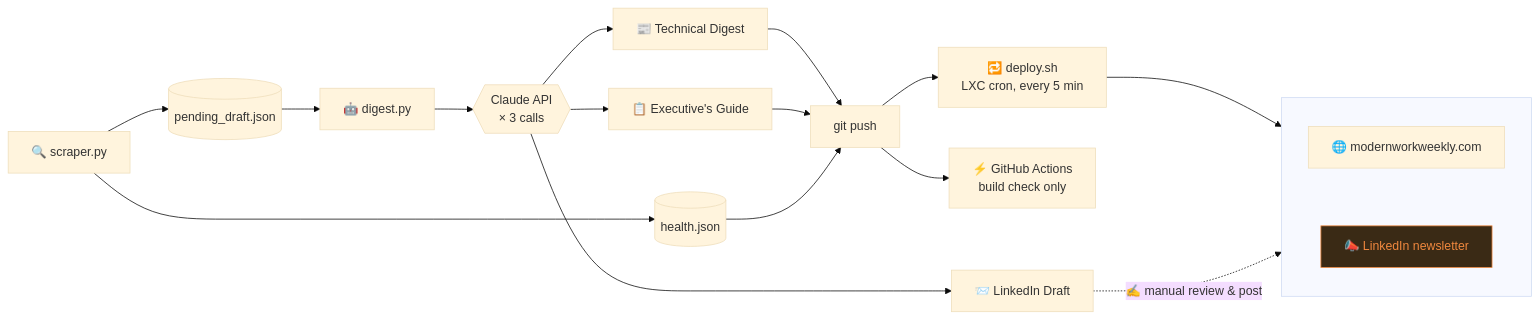
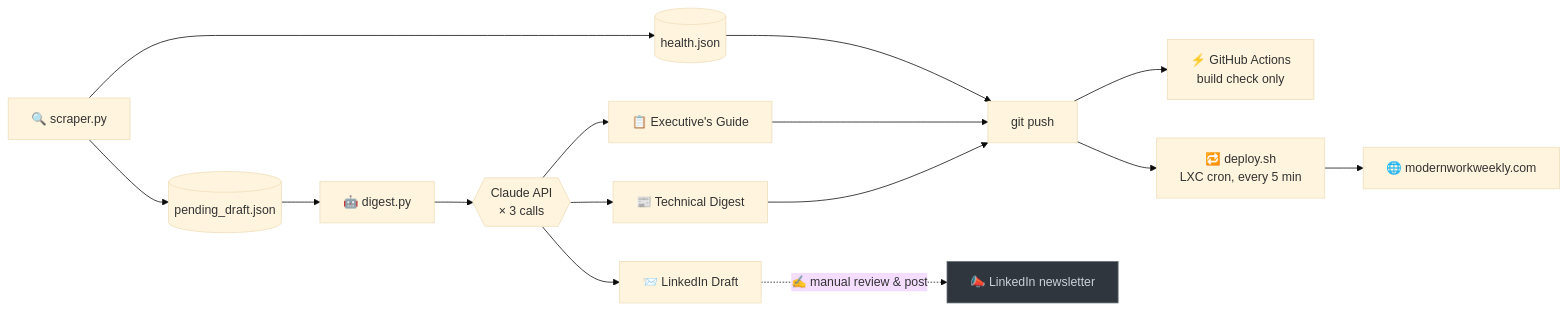
One commit to TwitchSTL/modern-work-weekly changed the diagram in README.md. Above: the diagram before and after it, drawn with Mermaid (base theme).

Commit message:
Drop shared container box around site/newsletter nodes; give LinkedIn newsletter a plain gray label-style box instead, restore modernworkweekly.com to default styling

````diff
--- a/README.md
+++ b/README.md
@@ -38,27 +38,21 @@
 ```mermaid
 flowchart LR
     A["🔍 scraper.py"] --> B[("pending_draft.json")]
     A --> C[("health.json")]
     B --> D["🤖 digest.py"]
     D --> E{{"Claude API\n× 3 calls"}}
     E --> F["📰 Technical Digest"]
     E --> G["📋 Executive's Guide"]
     E --> L["📨 LinkedIn Draft"]
     F --> H["git push"]
     G --> H
     C --> H
     H --> I["⚡ GitHub Actions\nbuild check only"]
     H --> K["🔁 deploy.sh\nLXC cron, every 5 min"]
 
-    subgraph Published [" "]
-        direction TB
-        J["🌐 modernworkweekly.com"]
-        J ~~~ M["📣 LinkedIn newsletter"]
-    end
+    K --> J["🌐 modernworkweekly.com"]
+    L -.->|"✍️ manual review & post"| M["📣 LinkedIn newsletter"]
 
-    K --> J
-    L -.->|"✍️ manual review & post"| M
-
-    classDef manual fill:#3a2a15,stroke:#f0883e,color:#f0883e;
-    class M manual
+    classDef labelbox fill:#30363d,stroke:#6e7681,color:#c9d1d9;
+    class M labelbox
 ```
````
